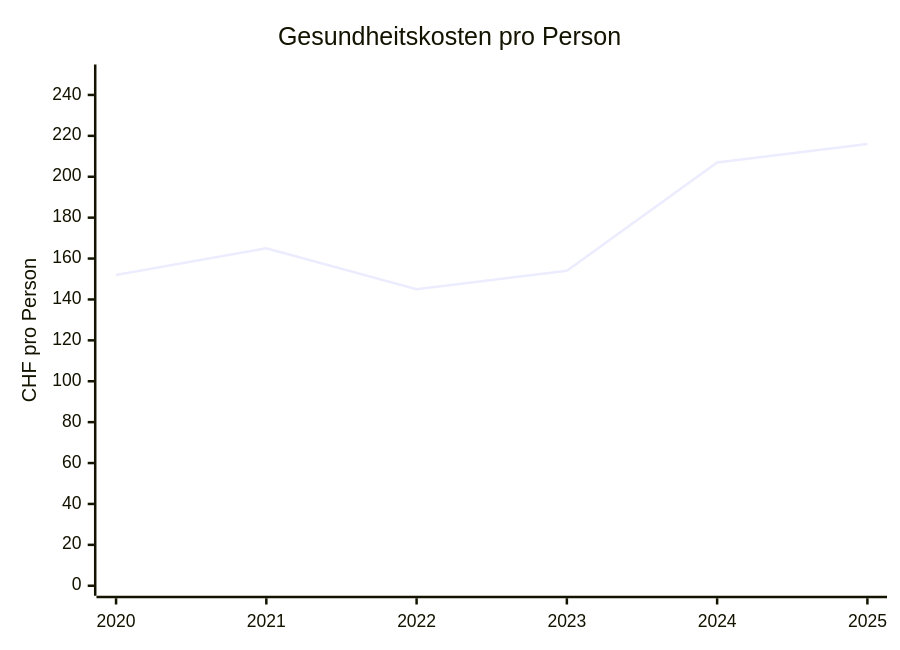
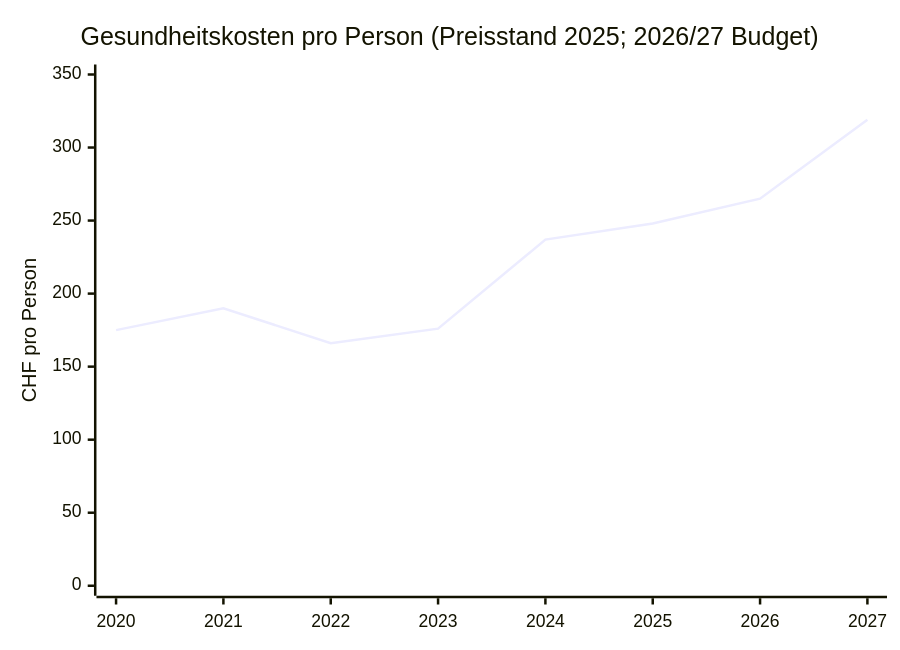
The seventh of 14 diagrams in docs/politik/finanzen-beringen.de.md (risajef/risajef.github.io), drawn with Mermaid before and after one commit. The commit also changed other lines of this file and 1 other file, not shown here.

````diff
--- a/docs/politik/finanzen-beringen.de.md
+++ b/docs/politik/finanzen-beringen.de.md
@@ -101,7 +126,7 @@
 ```mermaid
 xychart
-title "Gesundheitskosten pro Person"
-x-axis [2020, 2021, 2022, 2023, 2024, 2025]
-y-axis "CHF pro Person" 0 --> 250
-line [152, 165, 145, 154, 207, 216]
+title "Gesundheitskosten pro Person (Preisstand 2025; 2026/27 Budget)"
+x-axis [2020, 2021, 2022, 2023, 2024, 2025, 2026, 2027]
+y-axis "CHF pro Person" 0 --> 350
+line [175, 190, 166, 176, 237, 248, 265, 319]
 ```
````
